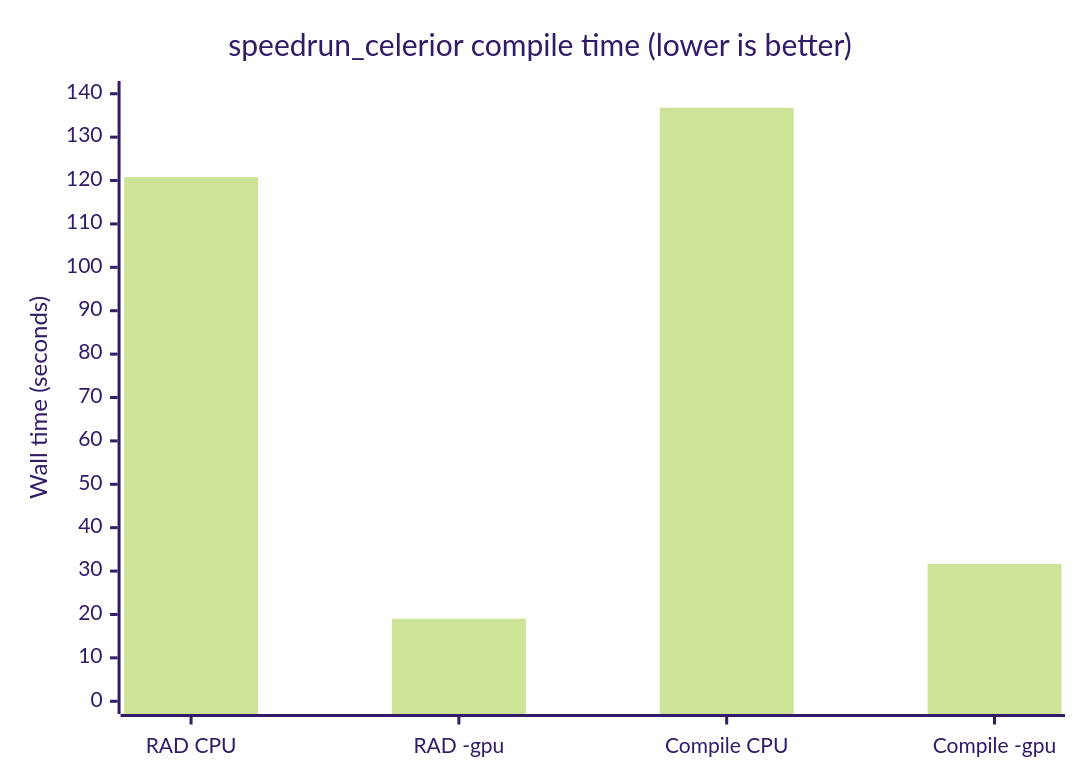
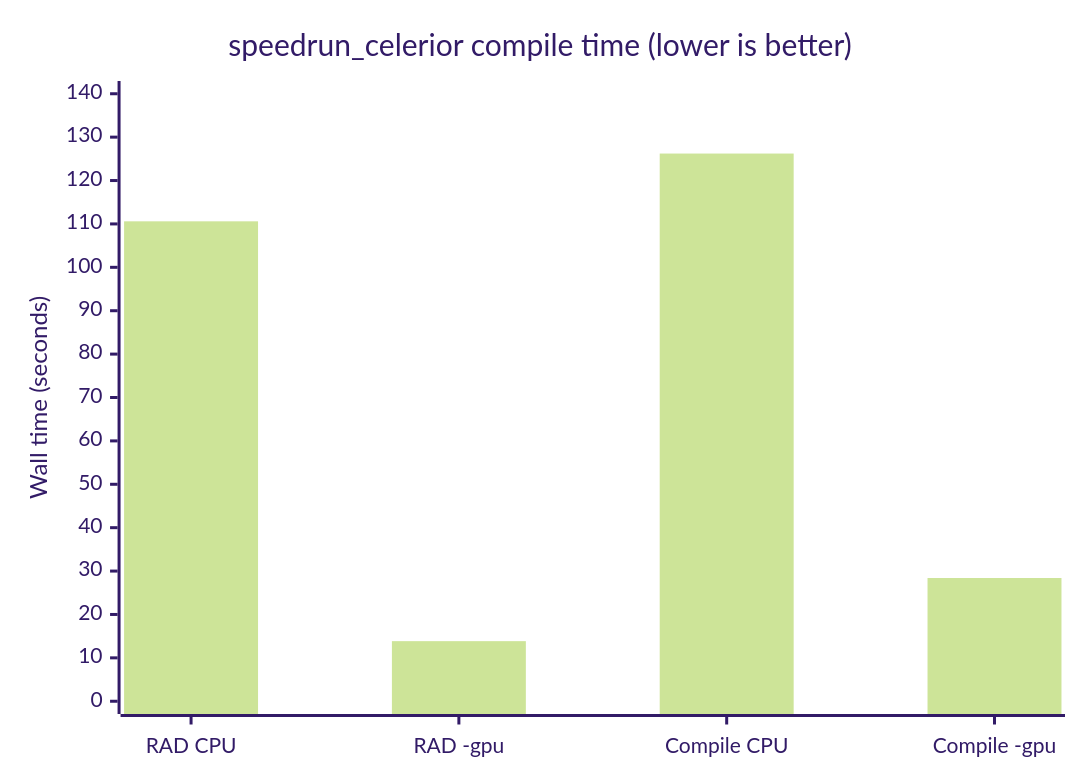
The first of 3 diagrams in README.md (speedrun-16/hltools), drawn with Mermaid (forest theme) before and after one commit. The commit also changed other lines of this file, not shown here.

````diff
--- a/README.md
+++ b/README.md
@@ -44,7 +44,7 @@
 ```mermaid
 xychart-beta
     title "speedrun_celerior compile time (lower is better)"
     x-axis ["RAD CPU", "RAD -gpu", "Compile CPU", "Compile -gpu"]
     y-axis "Wall time (seconds)" 0 --> 140
-    bar [120.79, 19.02, 136.79, 31.65]
+    bar [110.60, 13.85, 126.22, 28.40]
 ```
````
